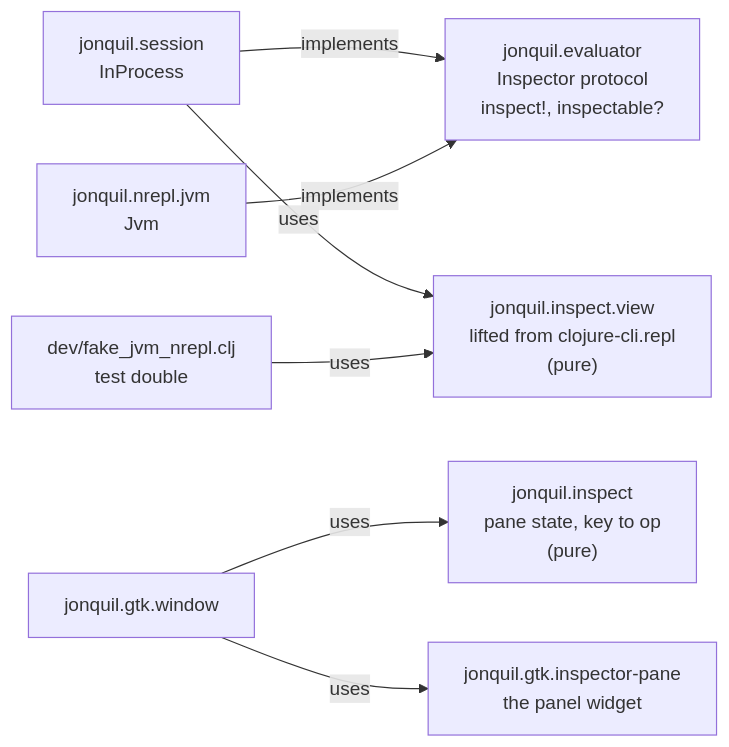
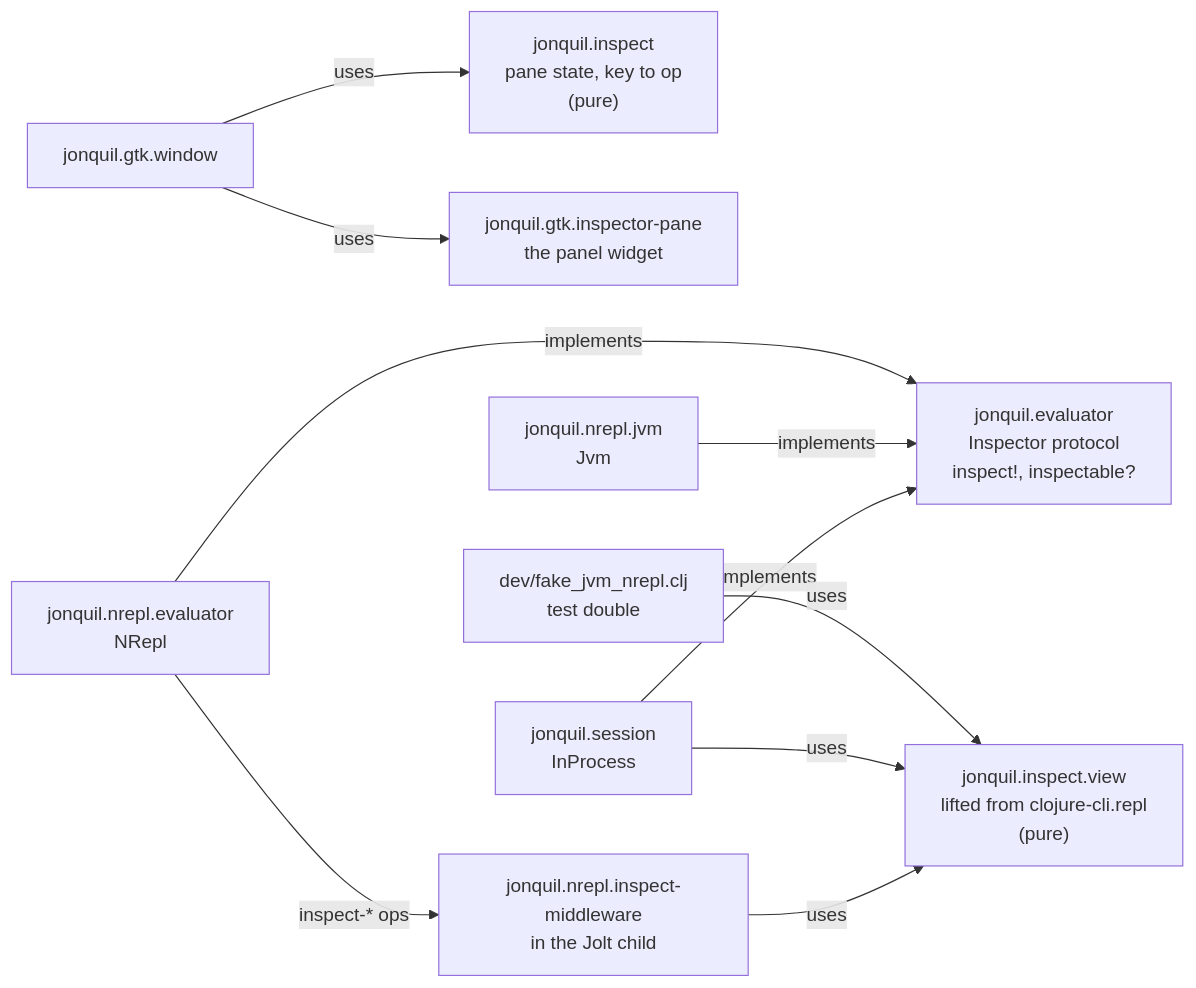
One commit to b12n-oss/jonquil changed the fifth of 5 diagrams in docs/guide/architecture.md. Above: the diagram before and after it, drawn with Mermaid. The commit also changed other lines of this file and 3 other files, not shown here.

````diff
--- a/docs/guide/architecture.md
+++ b/docs/guide/architecture.md
@@ -698,17 +698,22 @@
 ```mermaid
 flowchart LR
   ev["jonquil.evaluator<br/>Inspector protocol<br/>inspect!, inspectable?"]
   view["jonquil.inspect.view<br/>lifted from clojure-cli.repl<br/>(pure)"]
   inspect["jonquil.inspect<br/>pane state, key to op<br/>(pure)"]
   pane["jonquil.gtk.inspector-pane<br/>the panel widget"]
   session["jonquil.session<br/>InProcess"]
   jvm["jonquil.nrepl.jvm<br/>Jvm"]
+  nrepl["jonquil.nrepl.evaluator<br/>NRepl"]
+  mw["jonquil.nrepl.inspect-middleware<br/>in the Jolt child"]
   fake["dev/fake_jvm_nrepl.clj<br/>test double"]
   win["jonquil.gtk.window"]
   session -- "implements" --> ev
   jvm -- "implements" --> ev
+  nrepl -- "implements" --> ev
+  nrepl -- "inspect-* ops" --> mw
+  mw -- "uses" --> view
   session -- "uses" --> view
   fake -- "uses" --> view
   win -- "uses" --> inspect
   win -- "uses" --> pane
 ```
````
